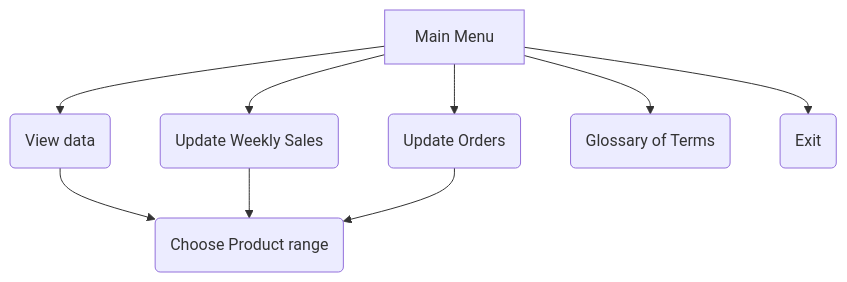
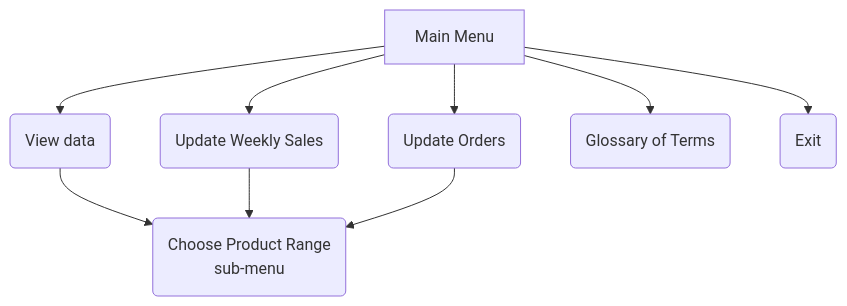
One commit to Mykola-CI/forward-stock-plan changed the first of 4 diagrams in README.md. Above: the diagram before and after it, drawn with Mermaid. The commit also changed other lines of this file and 3 other files, not shown here.

````diff
--- a/README.md
+++ b/README.md
@@ -102,11 +104,11 @@
 ```mermaid
 flowchart TB
 A[Main Menu]-->AB(View data)
 A-->AC(Update Weekly Sales)
 A-->AD(Update Orders)
 A-->AE(Glossary of Terms)
 A-->AF(Exit)
-AB-->ABP(Choose Product range)
-AC-->ABP(Choose Product range)
-AD-->ABP(Choose Product range)
+AB-->ABP(Choose Product Range<br>sub-menu)
+AC-->ABP
+AD-->ABP
 ```
````
